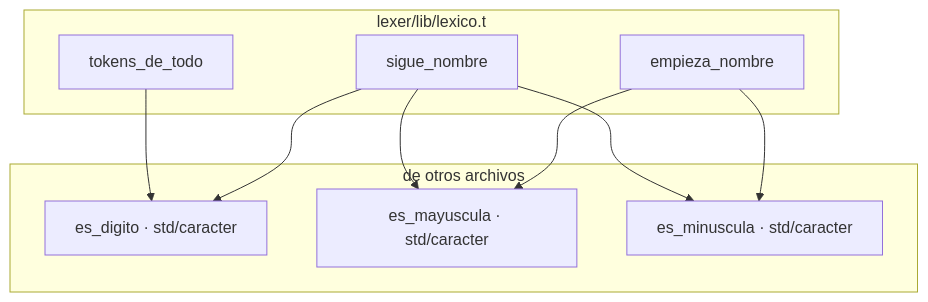
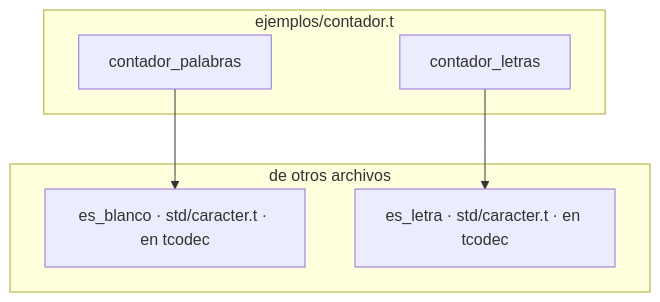
One commit to NTellezM/tcode changed diagram 16 of 44 in docs/grafo-funciones.md. Above: the diagram before and after it, drawn with Mermaid. The commit also changed other lines of this file and 5 other files, not shown here.

````diff
--- a/docs/grafo-funciones.md
+++ b/docs/grafo-funciones.md
@@ -1994,20 +2101,14 @@
 ```mermaid
 graph TD
-    subgraph lexer_lib_lexico["lexer/lib/lexico.t"]
-        lexer_lib_lexico__empieza_nombre["empieza_nombre"]
-        lexer_lib_lexico__sigue_nombre["sigue_nombre"]
-        lexer_lib_lexico__tokens_de_todo["tokens_de_todo"]
+    subgraph ejemplos_contador["ejemplos/contador.t"]
+        ejemplos_contador__contador_letras["contador_letras"]
+        ejemplos_contador__contador_palabras["contador_palabras"]
     end
     subgraph fuera["de otros archivos"]
-        std_caracter__es_digito["es_digito · std/caracter"]
-        std_caracter__es_mayuscula["es_mayuscula · std/caracter"]
-        std_caracter__es_minuscula["es_minuscula · std/caracter"]
+        std_caracter__es_blanco["es_blanco · std/caracter.t · en tcodec"]
+        std_caracter__es_letra["es_letra · std/caracter.t · en tcodec"]
     end
 
-    lexer_lib_lexico__empieza_nombre --> std_caracter__es_mayuscula
-    lexer_lib_lexico__empieza_nombre --> std_caracter__es_minuscula
-    lexer_lib_lexico__sigue_nombre --> std_caracter__es_digito
-    lexer_lib_lexico__sigue_nombre --> std_caracter__es_mayuscula
-    lexer_lib_lexico__sigue_nombre --> std_caracter__es_minuscula
-    lexer_lib_lexico__tokens_de_todo --> std_caracter__es_digito
+    ejemplos_contador__contador_letras --> std_caracter__es_letra
+    ejemplos_contador__contador_palabras --> std_caracter__es_blanco
 ```
````
